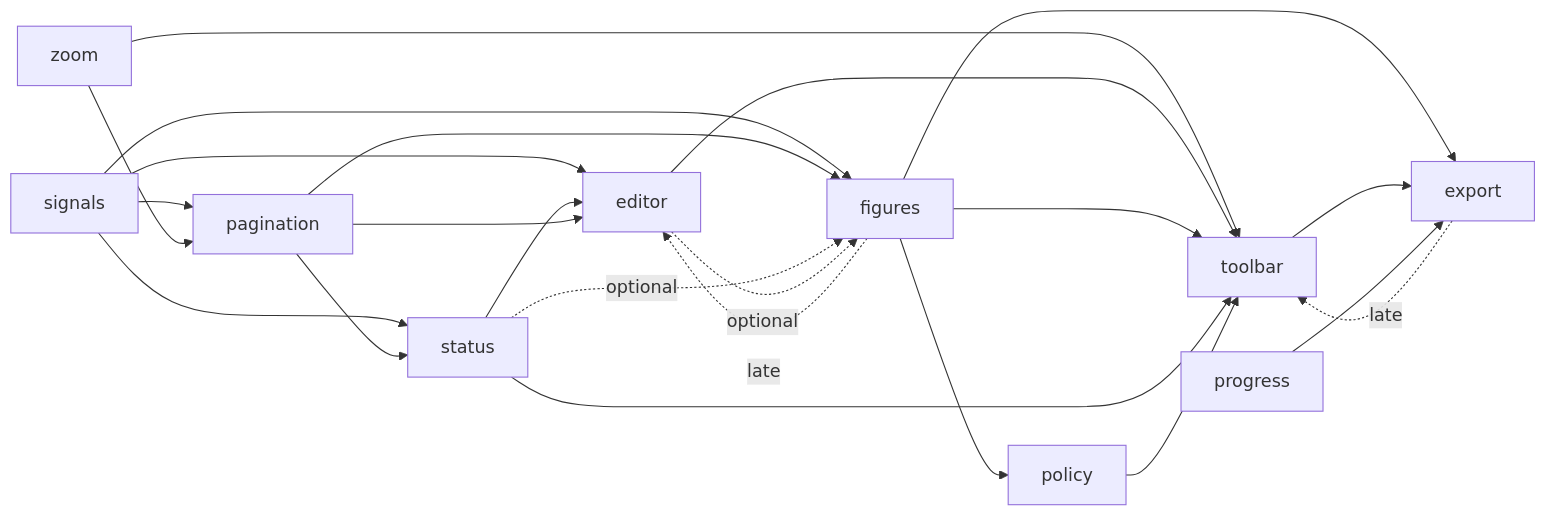
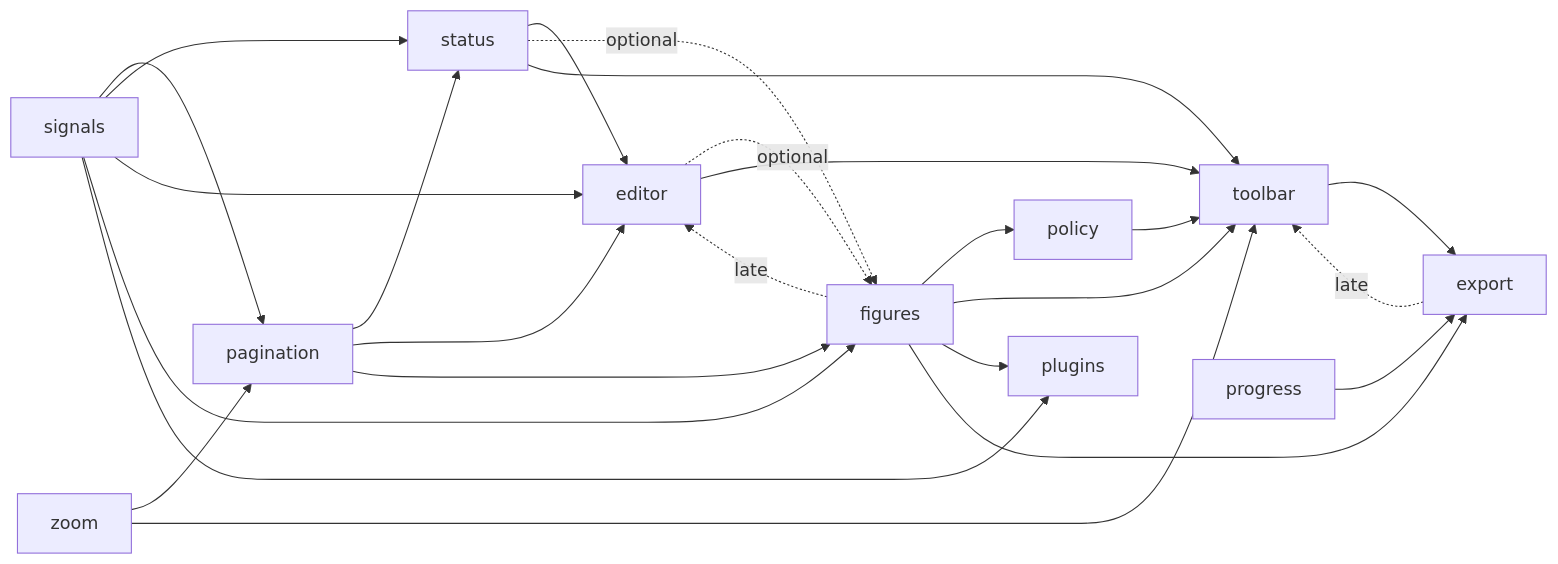
One commit to nakrasian/standalone-doc changed the diagram in DEPS.md. Above: the diagram before and after it, drawn with Mermaid. The commit also changed other lines of this file and 20 other files, not shown here.

````diff
--- a/DEPS.md
+++ b/DEPS.md
@@ -25,25 +26,27 @@
 ```mermaid
 graph LR
   signals --> pagination
   zoom --> pagination
   signals --> status
   pagination --> status
   signals --> editor
   status --> editor
   pagination --> editor
   figures -.->|late| editor
   signals --> figures
   pagination --> figures
   status -.->|optional| figures
   editor -.->|optional| figures
   figures --> policy
   zoom --> toolbar
   editor --> toolbar
   figures --> toolbar
   status --> toolbar
   policy --> toolbar
   export -.->|late| toolbar
+  signals --> plugins
+  figures --> plugins
   figures --> export
   toolbar --> export
   progress --> export
 ```
````
